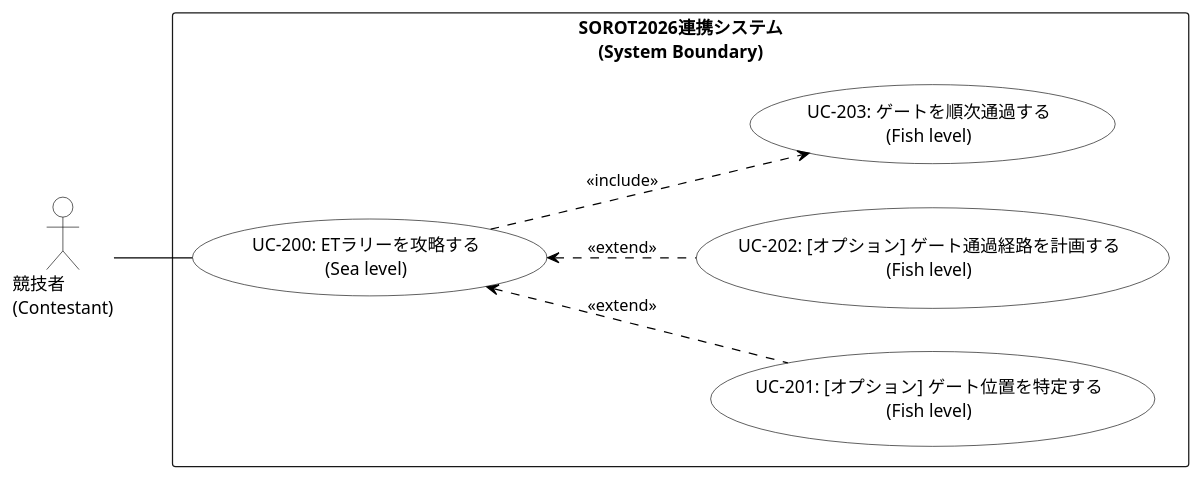
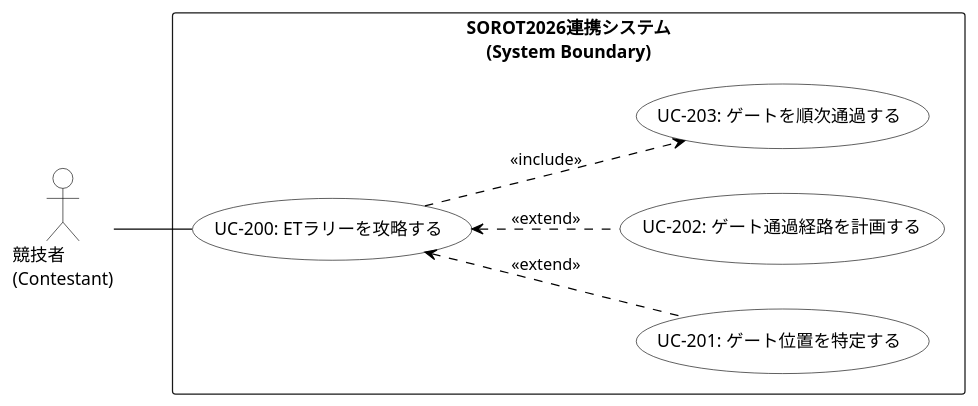
One commit to darts-cloud/note changed the diagram in content/06_etrobokon2026_agy/要求モデル/02_UMLユースケース図_PlantUML.md. Above: the diagram before and after it, drawn with PlantUML. The commit also changed other lines of this file and 4 other files, not shown here.

Commit message:
docs: remove classification labels from usecase names in markdown and PlantUML

````diff
--- a/content/06_etrobokon2026_agy/要求モデル/02_UMLユースケース図_PlantUML.md
+++ b/content/06_etrobokon2026_agy/要求モデル/02_UMLユースケース図_PlantUML.md
@@ -17,39 +16,39 @@
 ```plantuml
 @startuml
 left to right direction
 skinparam packageStyle rect
 skinparam shadowing false
 skinparam monochrome true
 
 ' スタイルの微調整 (プレミアムデザインに調和するシンプルなモノトーン)
 skinparam usecase {
     BackgroundColor white
     BorderColor black
     ArrowColor black
 }
 skinparam actor {
     BackgroundColor white
     BorderColor black
 }
 
 ' アクターの定義 (唯一の主アクター)
 actor "競技者\n(Contestant)" as Contestant
 
 ' システム境界とユースケースの定義
 rectangle "SOROT2026連携システム\n(System Boundary)" {
-    usecase "UC-200: ETラリーを攻略する\n(Sea level)" as UC200
-    usecase "UC-201: [オプション] ゲート位置を特定する\n(Fish level)" as UC201
-    usecase "UC-202: [オプション] ゲート通過経路を計画する\n(Fish level)" as UC202
-    usecase "UC-203: ゲートを順次通過する\n(Fish level)" as UC203
+    usecase "UC-200: ETラリーを攻略する" as UC200
+    usecase "UC-201: ゲート位置を特定する" as UC201
+    usecase "UC-202: ゲート通過経路を計画する" as UC202
+    usecase "UC-203: ゲートを順次通過する" as UC203
 }
 
 ' アソシエーション (主アクターから最上位UCへの一本化)
 Contestant -- UC200
 
 ' ユースケース間の関係性 (Cockburnポリシーの徹底)
 UC200 ..> UC203 : <<include>>
 UC200 <.. UC201 : <<extend>>
 UC200 <.. UC202 : <<extend>>
 
 @enduml
 ```
````
